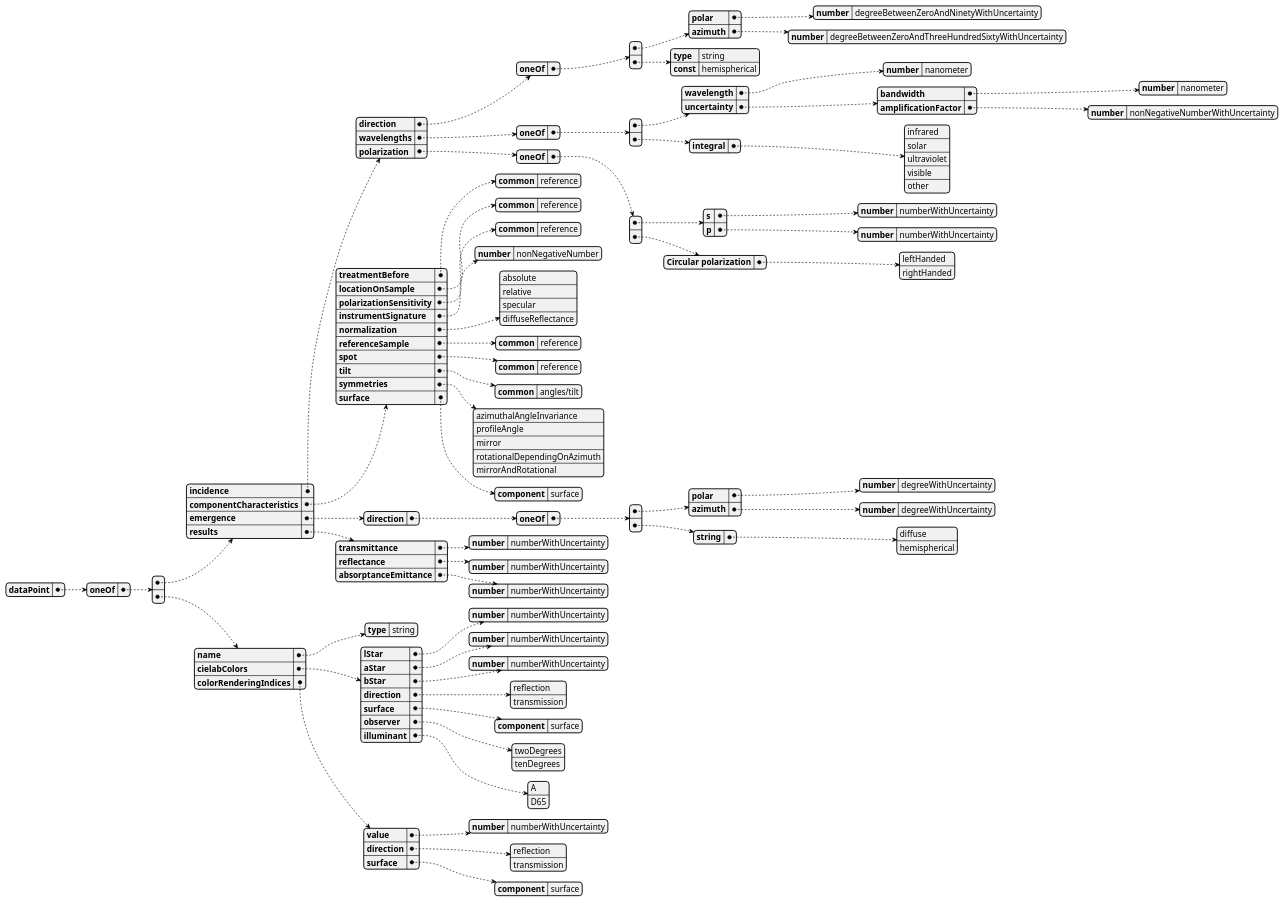
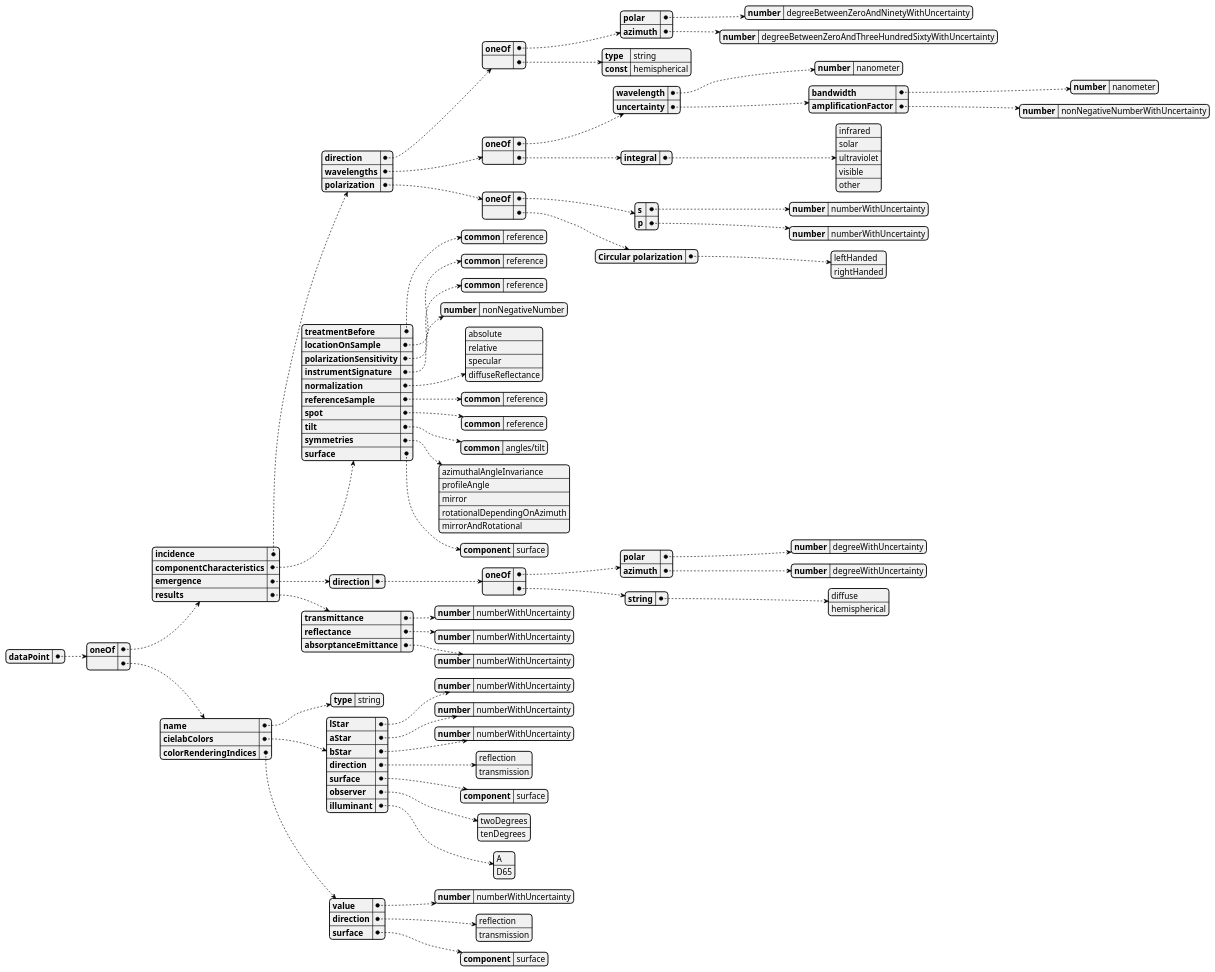
One commit to building-envelope-data/api changed the diagram in docs/diagrams/src/opticalData/opticalDataPointSchema.plantuml. Above: the diagram before and after it, drawn with PlantUML.

Commit message:
Make `oneOf` smaller in the diagram

```diff
--- a/docs/diagrams/src/opticalData/opticalDataPointSchema.plantuml
+++ b/docs/diagrams/src/opticalData/opticalDataPointSchema.plantuml
@@ -1,194 +1,199 @@
 @startjson opticalDataPointSchema
 {
   "dataPoint": {
-    "oneOf": [
+    "oneOf": 
     {
       "incidence": {
         "direction": {
-          "oneOf": [
+          "oneOf": 
           {
             "polar": {
               "number": "degreeBetweenZeroAndNinetyWithUncertainty"
             }
             ,
             "azimuth": {
               "number": "degreeBetweenZeroAndThreeHundredSixtyWithUncertainty"
 
             }
           }
           ,
+          "":
           {
             "type": "string",
             "const": "hemispherical"
           }
-          ]
+          
         }
         ,
         "wavelengths": {
-          "oneOf": [
+          "oneOf": 
           {
             "wavelength": {
               "number": "nanometer"
             }
             ,
             "uncertainty": {
               "bandwidth": {
                 "number": "nanometer"
               }
               ,
               "amplificationFactor": {
                 "number": "nonNegativeNumberWithUncertainty"
               }
             }
           }
           ,
+          "":
           {
             "integral": ["infrared", "solar", "ultraviolet", "visible", "other"]
           }
-          ]
+          
         }
         ,
         "polarization": {
-          "oneOf": [
+          "oneOf": 
           {
             "s": {
               "number": "numberWithUncertainty"
             }
             ,
             "p": {
               "number": "numberWithUncertainty"
             }
           }
           ,
+          "":
           {
             "Circular polarization": ["leftHanded", "rightHanded"]
           }
-          ]
+          
         }
       }
       ,
       "componentCharacteristics": {
         "treatmentBefore": {
           "common": "reference"
         }
         ,
         "locationOnSample": {
           "common": "reference"
         }
         ,
         "polarizationSensitivity": {
           "common": "reference"
         }
         ,
         "instrumentSignature": {
           "number": "nonNegativeNumber"
         }
         ,
         "normalization":  ["absolute", "relative", "specular", "diffuseReflectance"]
         ,
         "referenceSample": {
           "common": "reference"
         }
         ,
         "spot": {
           "common": "reference"
         }
         ,
         "tilt": {
           "common": "angles/tilt"
         }
         ,
         "symmetries": [
         "azimuthalAngleInvariance",
         "profileAngle",
         "mirror",
         "rotationalDependingOnAzimuth",
         "mirrorAndRotational"
         ]
         ,
         "surface": {
           "component": "surface"
         }
       }
       ,
       "emergence": {
         "direction": {
-          "oneOf": [
+          "oneOf": 
           {
             "polar": {
               "number": "degreeWithUncertainty"
             }
             ,
             "azimuth": {
               "number": "degreeWithUncertainty"
             }
           }
           ,
+          "":
           {
             "string": ["diffuse", "hemispherical"]
           }
-          ]
+          
         }
       }
       ,
       "results": {
         "transmittance": {
           "number": "numberWithUncertainty"
         }
         ,
         "reflectance": {
           "number": "numberWithUncertainty"
         }
         ,
         "absorptanceEmittance": {
           "number": "numberWithUncertainty"
         }
       }
     }
     ,
+    "":
     {
       "name": {
         "type": "string"
       }
       ,
       "cielabColors":
       {
         "lStar": {
           "number": "numberWithUncertainty"
         }
         ,
         "aStar": {
           "number": "numberWithUncertainty"
         }
         ,
         "bStar": {
           "number": "numberWithUncertainty"
         }
         ,
         "direction":  ["reflection", "transmission"]
         ,
         "surface": {
           "component": "surface"
         }
         ,
         "observer":  ["twoDegrees", "tenDegrees"]
         ,
         "illuminant":  ["A", "D65"]
       }
       ,
       "colorRenderingIndices": {
         "value": {
           "number": "numberWithUncertainty"
         }
         ,
         "direction":  ["reflection", "transmission"]
         ,
         "surface": {
           "component": "surface"
         }
       }
     }
-    ]
+    
   }
 }
 @endjson
```
